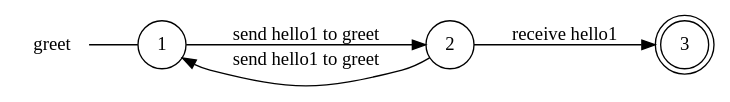
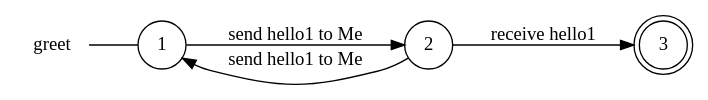
Before and after one commit to gabrielegenovese/chorer: the diagram in examples/hello/greet_local_view.dot, drawn with Graphviz. The commit also changed 34 other files, not shown here.

```diff
--- a/examples/hello/greet_local_view.dot
+++ b/examples/hello/greet_local_view.dot
@@ -1,12 +1,12 @@
 digraph greet {
 	rankdir="LR";
 	n_0 [label="greet", shape="plaintext"];
 	n_1 [id="1", shape=circle, label="1"];
 	n_0 -> n_1 [arrowhead=none];
 	n_2 [id="2", shape=doublecircle, label="3"];
 	n_3 [id="3", shape=circle, label="2"];
 
-	n_1 -> n_3 [id="[$e|3]", label="send hello1 to greet"];
-	n_3 -> n_2 [id="[$e|2]", label="receive hello1"];
-	n_3 -> n_1 [id="[$e|4]", label="send hello1 to greet"];
+	n_3 -> n_2 [id="[$e|1]", label="receive hello1"];
+	n_1 -> n_3 [id="[$e|2]", label="send hello1 to Me"];
+	n_3 -> n_1 [id="[$e|4]", label="send hello1 to Me"];
 }
```
